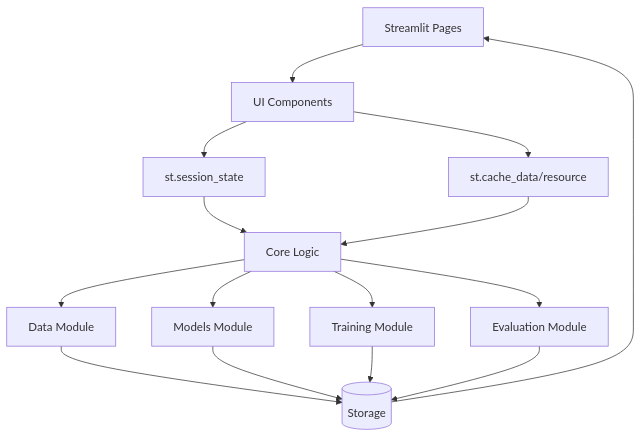
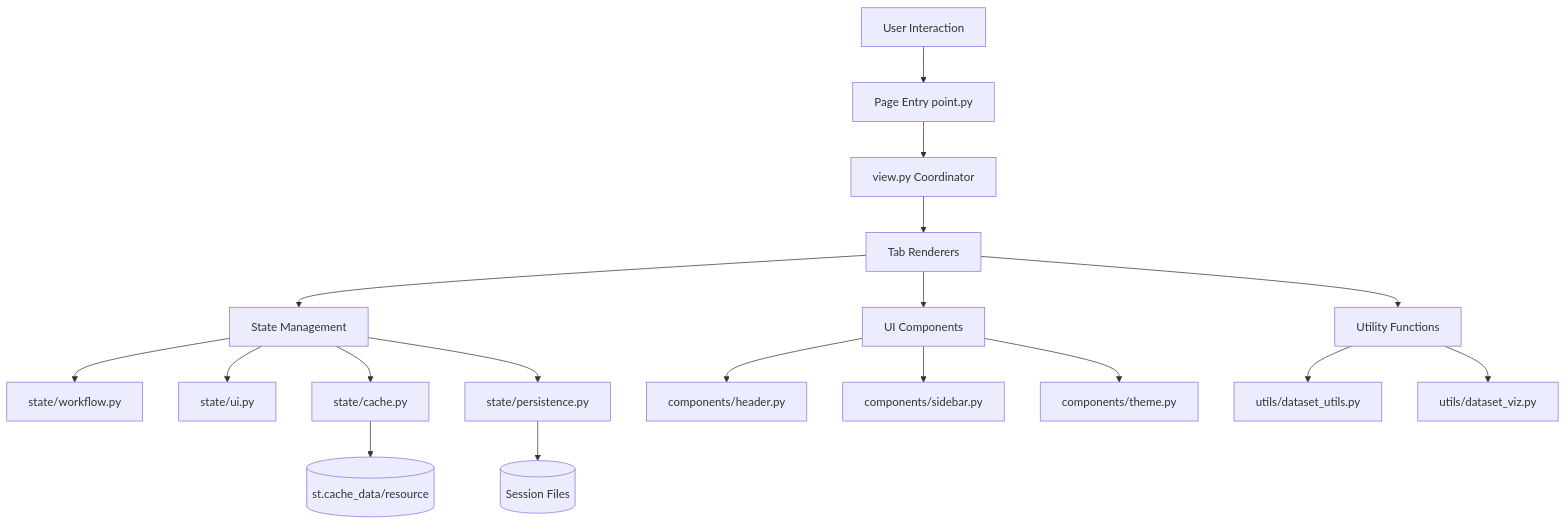
Before and after one commit to OverCV/UC-Intel-Final: the diagram in .md/arch.md, drawn with Mermaid. The commit also changed other lines of this file and 16 other files, not shown here.

First line of the commit message:
Enhance project structure and session management in Streamlit app

````diff
--- a/.md/arch.md
+++ b/.md/arch.md
@@ -104,21 +128,25 @@
 ```mermaid
 graph TB
-    UI[Streamlit Pages] --> COMP[UI Components]
-    COMP --> STATE[st.session_state]
-    COMP --> CACHE[st.cache_data/resource]
+    USER[User Interaction] --> PAGE[Page Entry point.py]
+    PAGE --> VIEW[view.py Coordinator]
+    VIEW --> TABS[Tab Renderers]
 
-    STATE --> CORE[Core Logic]
-    CACHE --> CORE
+    TABS --> STATE[State Management]
+    TABS --> COMP[UI Components]
+    TABS --> UTILS[Utility Functions]
 
-    CORE --> DATA[Data Module]
-    CORE --> MODEL[Models Module]
-    CORE --> TRAIN[Training Module]
-    CORE --> EVAL[Evaluation Module]
+    STATE --> WORKFLOW[state/workflow.py]
+    STATE --> UI[state/ui.py]
+    STATE --> CACHE[state/cache.py]
+    STATE --> PERSIST[state/persistence.py]
 
-    DATA --> STORAGE[(Storage)]
-    MODEL --> STORAGE
-    TRAIN --> STORAGE
-    EVAL --> STORAGE
+    COMP --> HEADER[components/header.py]
+    COMP --> SIDEBAR[components/sidebar.py]
+    COMP --> THEME[components/theme.py]
 
-    STORAGE --> UI
+    UTILS --> DATASET[utils/dataset_utils.py]
+    UTILS --> VIZ[utils/dataset_viz.py]
+
+    PERSIST --> DISK[(Session Files)]
+    CACHE --> MEMORY[(st.cache_data/resource)]
 ```
````
